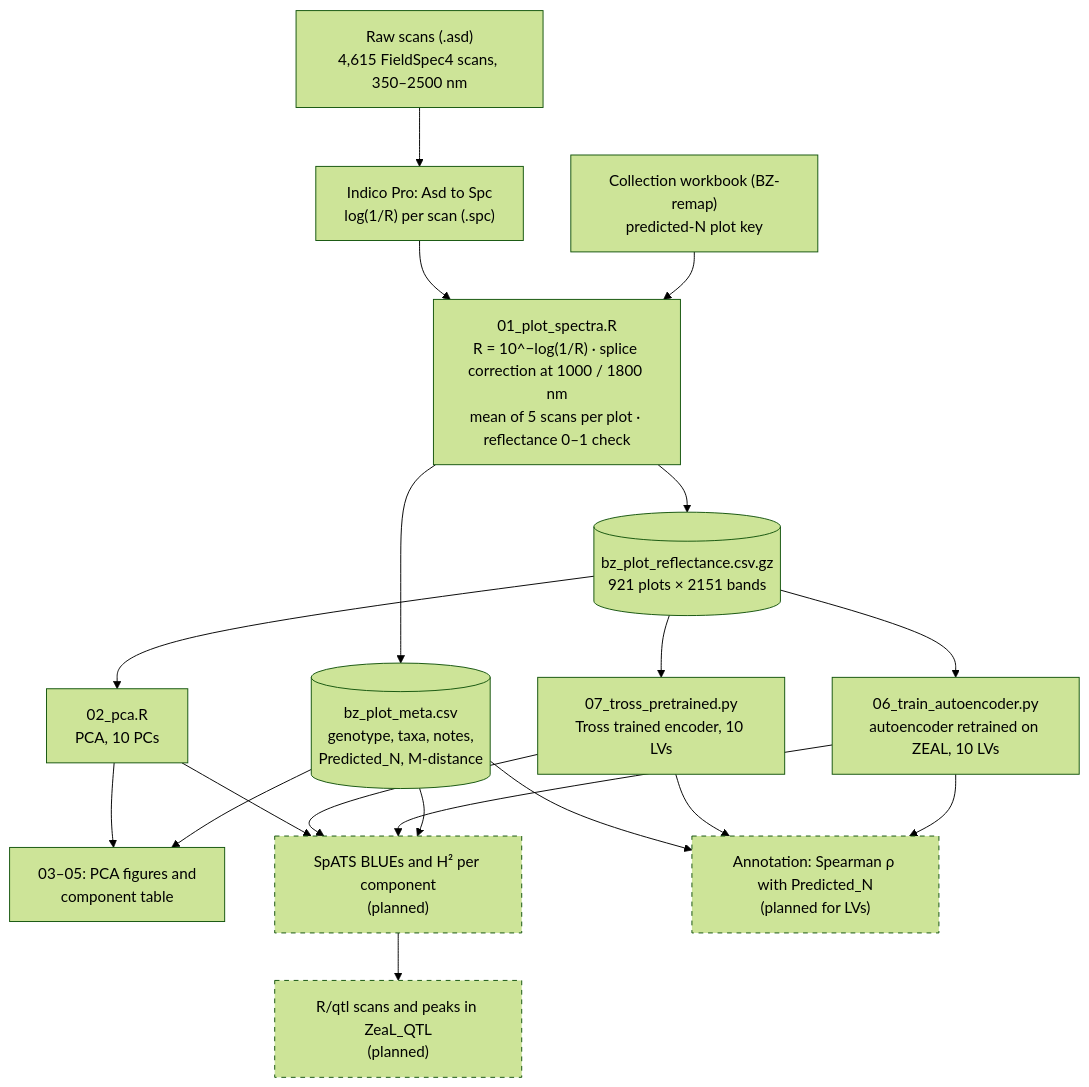
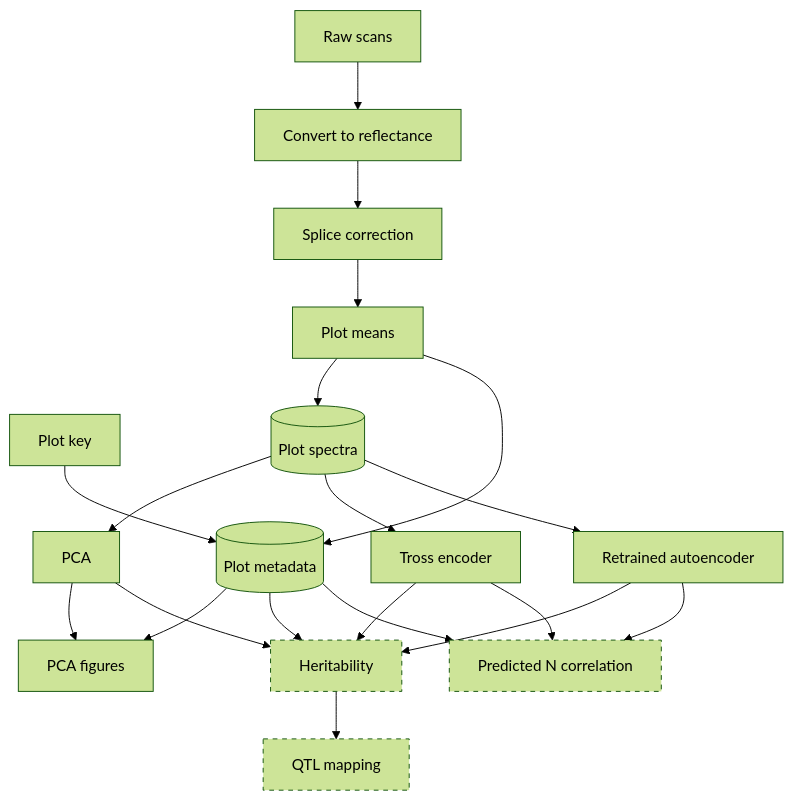
One commit to HannahPil/HypeSpec changed the diagram in README.md. Above: the diagram before and after it, drawn with Mermaid (forest theme).

Commit message:
README: shorten flowchart labels

````diff
--- a/README.md
+++ b/README.md
@@ -11,27 +11,28 @@
 ```mermaid
 flowchart TD
-    A["Raw scans (.asd)<br/>4,615 FieldSpec4 scans, 350–2500 nm"] --> B["Indico Pro: Asd to Spc<br/>log(1/R) per scan (.spc)"]
-    B --> C["01_plot_spectra.R<br/>R = 10^−log(1/R) · splice correction at 1000 / 1800 nm<br/>mean of 5 scans per plot · reflectance 0–1 check"]
-    M["Collection workbook (BZ-remap)<br/>predicted-N plot key"] --> C
-    C --> D[("bz_plot_reflectance.csv.gz<br/>921 plots × 2151 bands")]
-    C --> E[("bz_plot_meta.csv<br/>genotype, taxa, notes,<br/>Predicted_N, M-distance")]
+    A["Raw scans"] --> B["Convert to reflectance"]
+    B --> C["Splice correction"]
+    C --> C2["Plot means"]
+    M["Plot key"] --> E
+    C2 --> D[("Plot spectra")]
+    C2 --> E[("Plot metadata")]
 
-    D --> P["02_pca.R<br/>PCA, 10 PCs"]
-    D --> T["07_tross_pretrained.py<br/>Tross trained encoder, 10 LVs"]
-    D --> R["06_train_autoencoder.py<br/>autoencoder retrained on ZEAL, 10 LVs"]
+    D --> P["PCA"]
+    D --> T["Tross encoder"]
+    D --> R["Retrained autoencoder"]
 
-    P --> P2["03–05: PCA figures and<br/>component table"]
+    P --> P2["PCA figures"]
     E --> P2
 
-    P --> H["SpATS BLUEs and H² per component<br/>(planned)"]
+    P --> H["Heritability"]
     T --> H
     R --> H
     E --> H
-    H --> Q["R/qtl scans and peaks in ZeaL_QTL<br/>(planned)"]
-    E --> G["Annotation: Spearman ρ with Predicted_N<br/>(planned for LVs)"]
+    H --> Q["QTL mapping"]
+    E --> G["Predicted N correlation"]
     T --> G
     R --> G
 
     classDef planned stroke-dasharray: 5 5
     class H,Q,G planned
 ```
````
